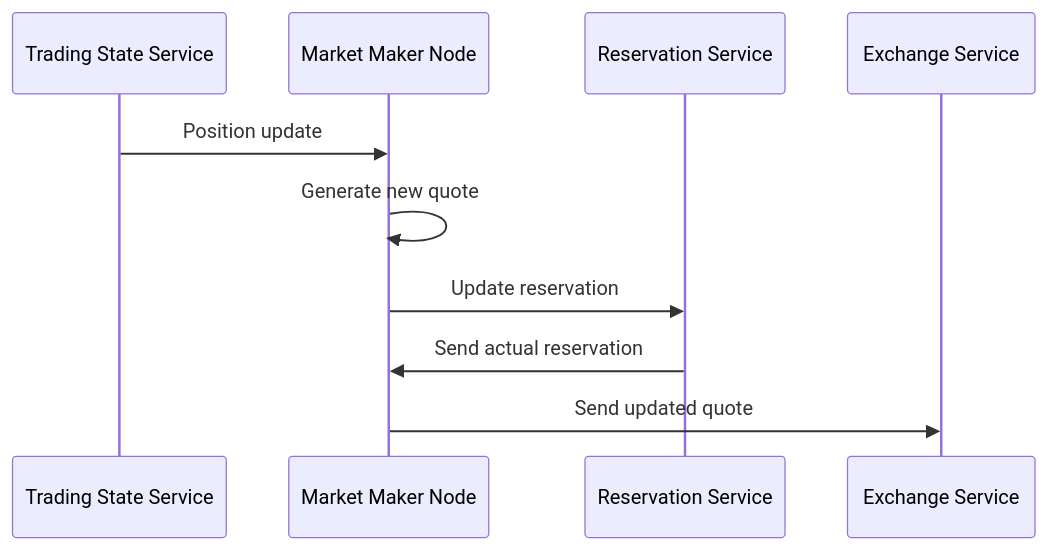
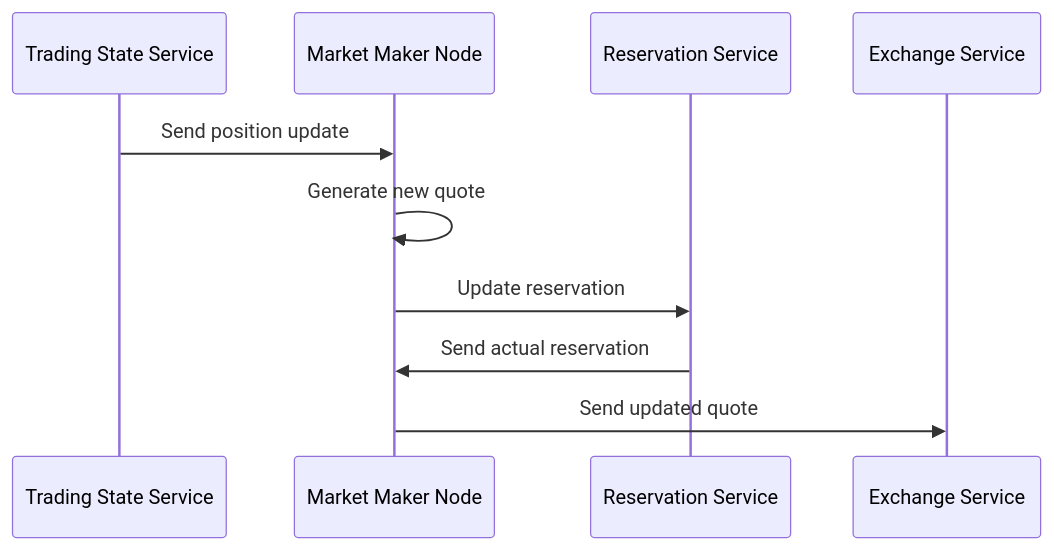
Before and after one commit to S26-Distributed-Capstone/Market-Maker: the second of 3 diagrams in docs/workflows.md, drawn with Mermaid. The commit also changed other lines of this file, not shown here.

Commit message:
Add streaming workflow diagram

````diff
--- a/docs/workflows.md
+++ b/docs/workflows.md
@@ -20,12 +20,12 @@
 ```mermaid
 sequenceDiagram
   participant state as Trading State Service
   participant maker as Market Maker Node
   participant reservation as Reservation Service
   participant exchange as Exchange Service
-  state->>maker: Position update
+  state->>maker: Send position update
   maker->>maker: Generate new quote
   maker->>reservation: Update reservation
   reservation->>maker: Send actual reservation
   maker->>exchange: Send updated quote
 ```
````
